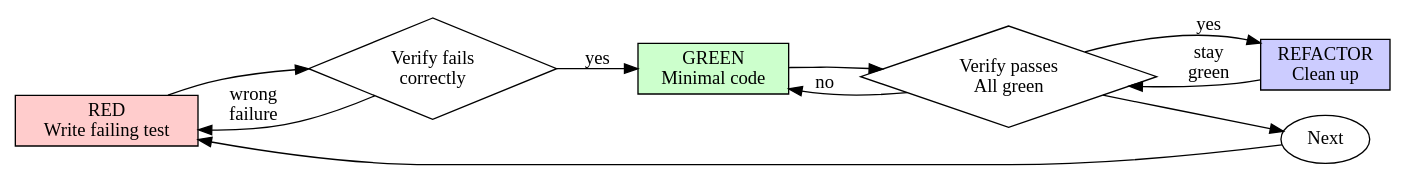
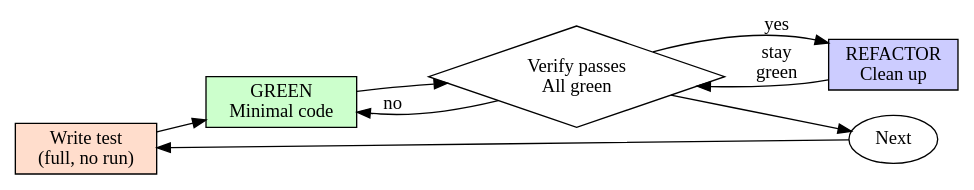
Before and after one commit to flyer21/superpowers: the diagram in skills/test-driven-development/SKILL.md, drawn with Graphviz. The commit also changed other lines of this file and 8 other files, not shown here.

First line of the commit message:
feat(skills): write tests before implementation, run them once in step 3

````diff
--- a/skills/test-driven-development/SKILL.md
+++ b/skills/test-driven-development/SKILL.md
@@ -51,21 +51,18 @@
 ```dot
 digraph tdd_cycle {
     rankdir=LR;
-    red [label="RED\nWrite failing test", shape=box, style=filled, fillcolor="#ffcccc"];
-    verify_red [label="Verify fails\ncorrectly", shape=diamond];
+    test [label="Write test\n(full, no run)", shape=box, style=filled, fillcolor="#ffddcc"];
     green [label="GREEN\nMinimal code", shape=box, style=filled, fillcolor="#ccffcc"];
     verify_green [label="Verify passes\nAll green", shape=diamond];
     refactor [label="REFACTOR\nClean up", shape=box, style=filled, fillcolor="#ccccff"];
     next [label="Next", shape=ellipse];
 
-    red -> verify_red;
-    verify_red -> green [label="yes"];
-    verify_red -> red [label="wrong\nfailure"];
+    test -> green;
     green -> verify_green;
     verify_green -> refactor [label="yes"];
     verify_green -> green [label="no"];
     refactor -> verify_green [label="stay\ngreen"];
     verify_green -> next;
-    next -> red;
+    next -> test;
 }
 ```
````
